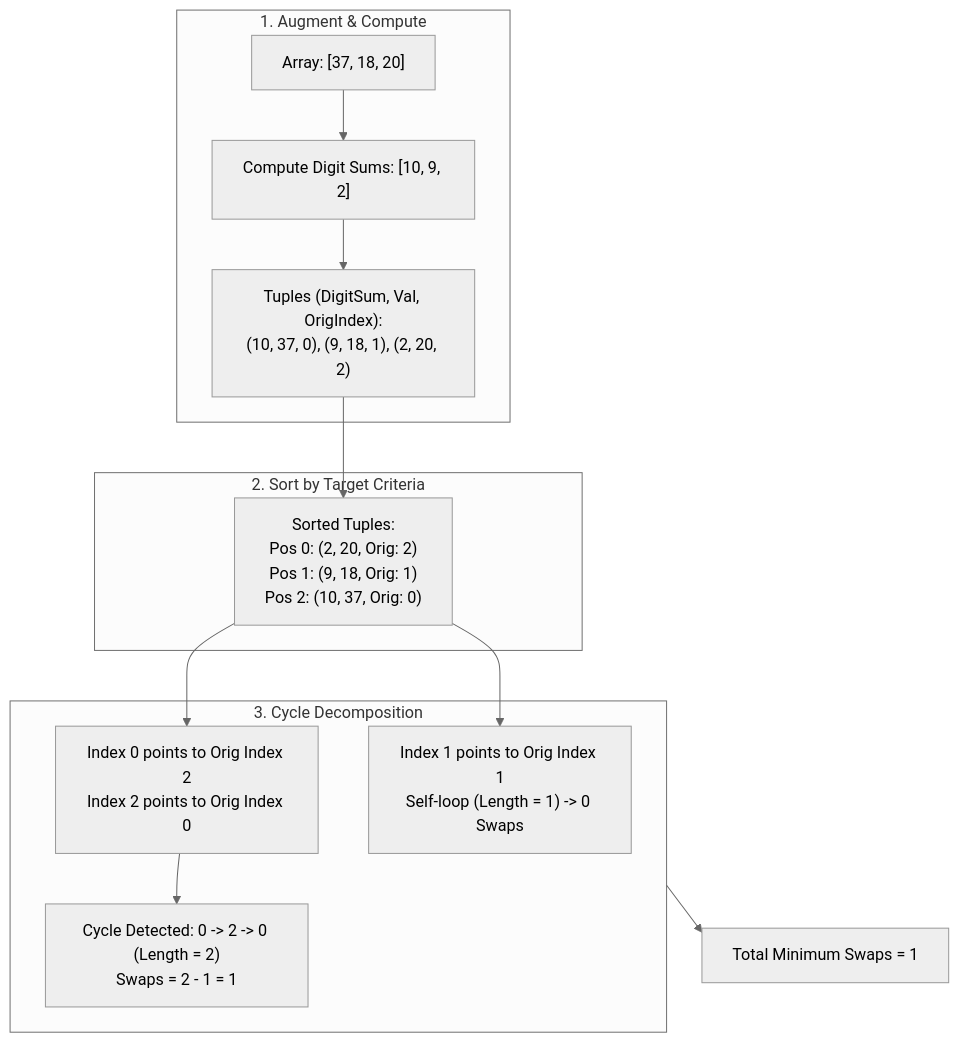
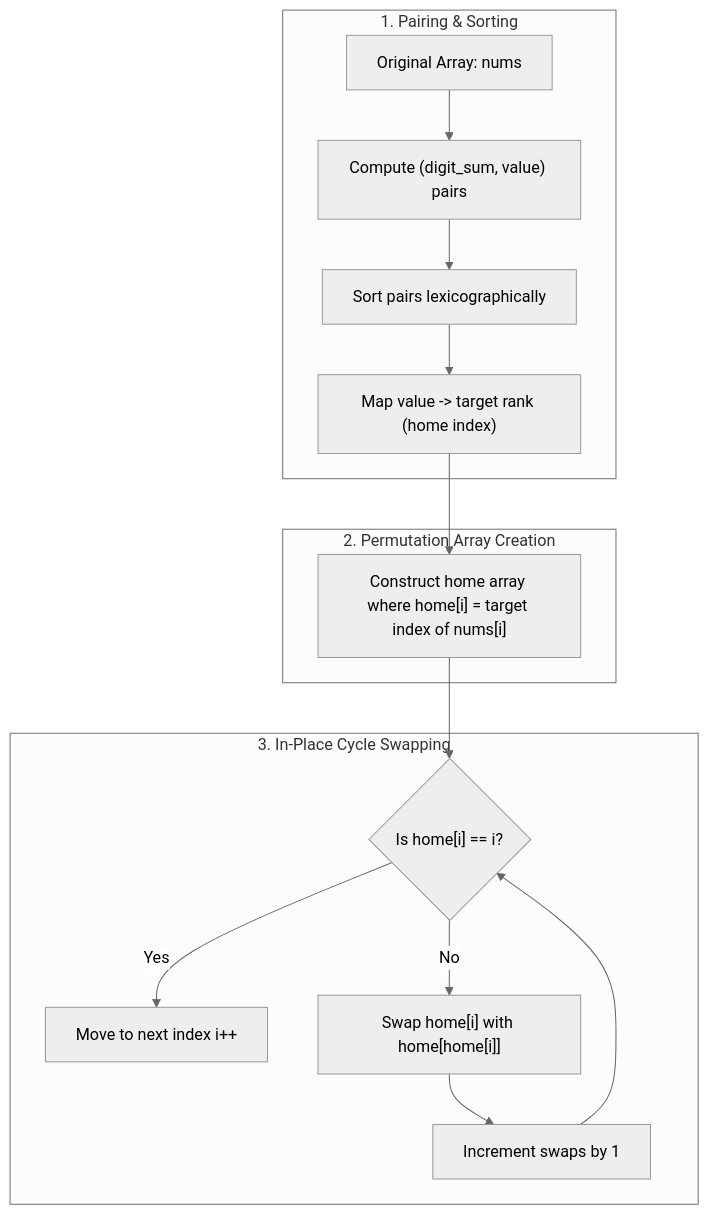
One commit to Incarnate-Jayatu/LeetCode changed the diagram in 01-Arrays-and-Hashing/3551. Minimum Swaps to Sort by Digit Sum/README.md. Above: the diagram before and after it, drawn with Mermaid (neutral theme). The commit also changed other lines of this file, not shown here.

Commit message:
Docs: Added Problem Description and AI Explanation for 3551. Minimum Swaps to Sort by Digit Sum - Leet2Hub

````diff
--- a/01-Arrays-and-Hashing/3551. Minimum Swaps to Sort by Digit Sum/README.md
+++ b/01-Arrays-and-Hashing/3551. Minimum Swaps to Sort by Digit Sum/README.md
@@ -83,19 +82,20 @@
 ```mermaid
 flowchart TD
-    subgraph Step1["1. Augment & Compute"]
-        A["Array: [37, 18, 20]"] --> B["Compute Digit Sums: [10, 9, 2]"]
-        B --> C["Tuples (DigitSum, Val, OrigIndex):<br/>(10, 37, 0), (9, 18, 1), (2, 20, 2)"]
+    subgraph Phase1["1. Pairing & Sorting"]
+        A["Original Array: nums"] --> B["Compute (digit_sum, value) pairs"]
+        B --> C["Sort pairs lexicographically"]
+        C --> D["Map value -> target rank (home index)"]
     end
 
-    subgraph Step2["2. Sort by Target Criteria"]
-        C --> D["Sorted Tuples:<br/>Pos 0: (2, 20, Orig: 2)<br/>Pos 1: (9, 18, Orig: 1)<br/>Pos 2: (10, 37, Orig: 0)"]
+    subgraph Phase2["2. Permutation Array Creation"]
+        D --> E["Construct home array where home[i] = target index of nums[i]"]
     end
 
-    subgraph Step3["3. Cycle Decomposition"]
-        D --> E["Index 0 points to Orig Index 2<br/>Index 2 points to Orig Index 0"]
-        E --> F["Cycle Detected: 0 -> 2 -> 0 (Length = 2)<br/>Swaps = 2 - 1 = 1"]
-        D --> G["Index 1 points to Orig Index 1<br/>Self-loop (Length = 1) -> 0 Swaps"]
+    subgraph Phase3["3. In-Place Cycle Swapping"]
+        E --> F{"Is home[i] == i?"}
+        F -- Yes --> G["Move to next index i++"]
+        F -- No --> H["Swap home[i] with home[home[i]]"]
+        H --> I["Increment swaps by 1"]
+        I --> F
     end
-
-    Step3 --> H["Total Minimum Swaps = 1"]
 ```
````
